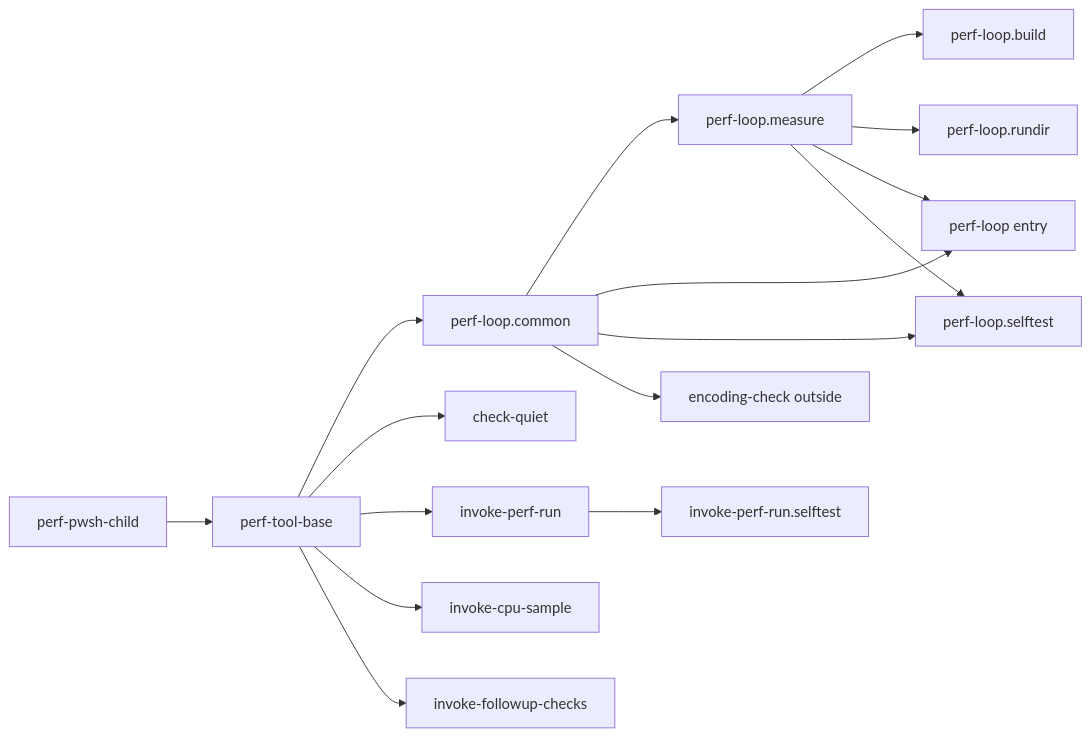
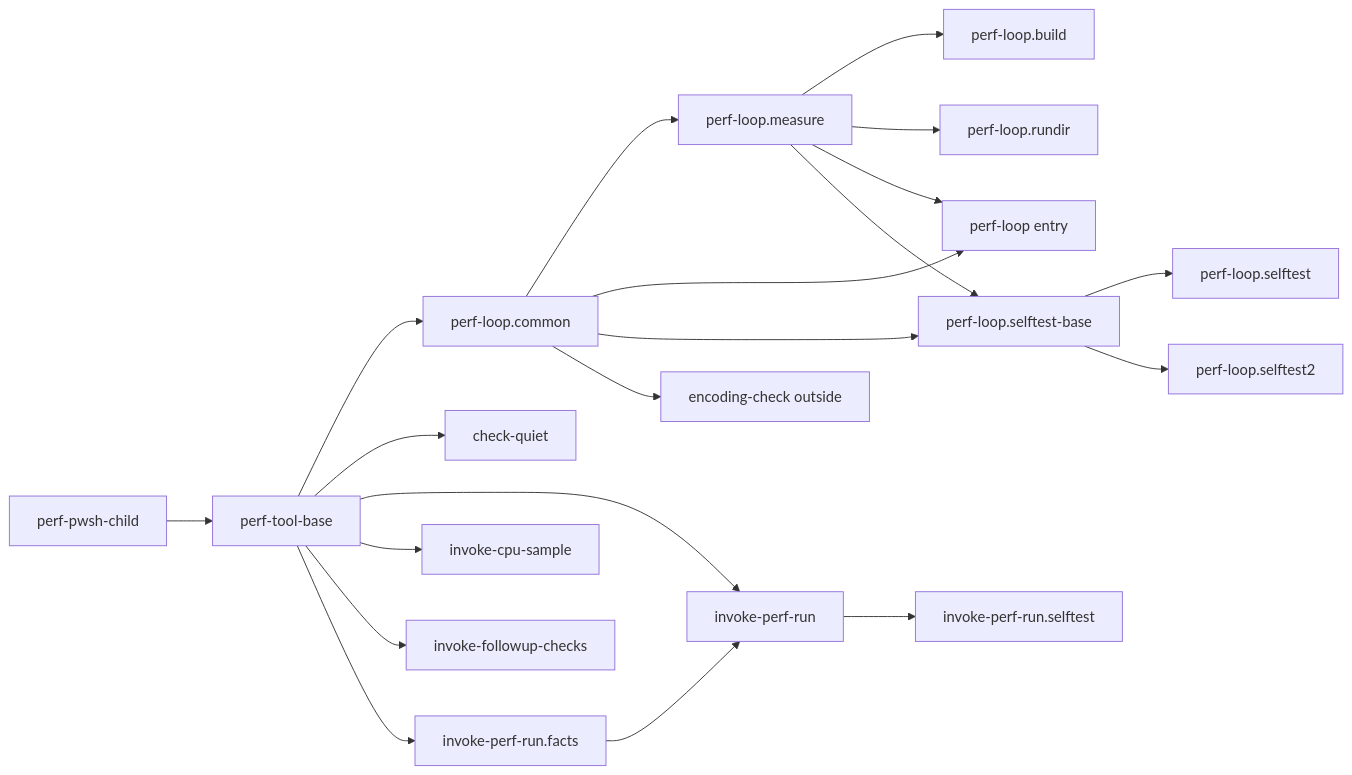
One commit to ekicyou/areka changed the first of 3 diagrams in .kiro/specs/audit-tools-perf-run/design.md. Above: the diagram before and after it, drawn with Mermaid. The commit also changed other lines of this file, not shown here.

Commit message:
docs(audit-tools-perf-run): design のファイルの図と技術の表を今のファイルに合わせる

````diff
--- a/.kiro/specs/audit-tools-perf-run/design.md
+++ b/.kiro/specs/audit-tools-perf-run/design.md
@@ -73,33 +73,40 @@
 ```mermaid
 graph LR
     PwshChild[perf-pwsh-child]
     Base[perf-tool-base]
     Common[perf-loop.common]
     Measure[perf-loop.measure]
     Build[perf-loop.build]
     RunDir[perf-loop.rundir]
     Entry[perf-loop entry]
+    LoopTestBase[perf-loop.selftest-base]
     LoopTest[perf-loop.selftest]
+    LoopTest2[perf-loop.selftest2]
     Quiet[check-quiet]
     Runner[invoke-perf-run]
     RunnerTest[invoke-perf-run.selftest]
+    RunnerFacts[invoke-perf-run.facts]
     Sample[invoke-cpu-sample]
     Followup[invoke-followup-checks]
     EncCheck[encoding-check outside]
 
     PwshChild --> Base
     Base --> Common
     Base --> Quiet
     Base --> Runner
     Base --> Sample
     Base --> Followup
     Common --> Measure
     Measure --> Build
     Measure --> RunDir
     Common --> Entry
     Measure --> Entry
-    Common --> LoopTest
-    Measure --> LoopTest
+    Common --> LoopTestBase
+    Measure --> LoopTestBase
+    LoopTestBase --> LoopTest
+    LoopTestBase --> LoopTest2
     Runner --> RunnerTest
+    Base --> RunnerFacts
+    RunnerFacts --> Runner
     Common --> EncCheck
 ```
````
